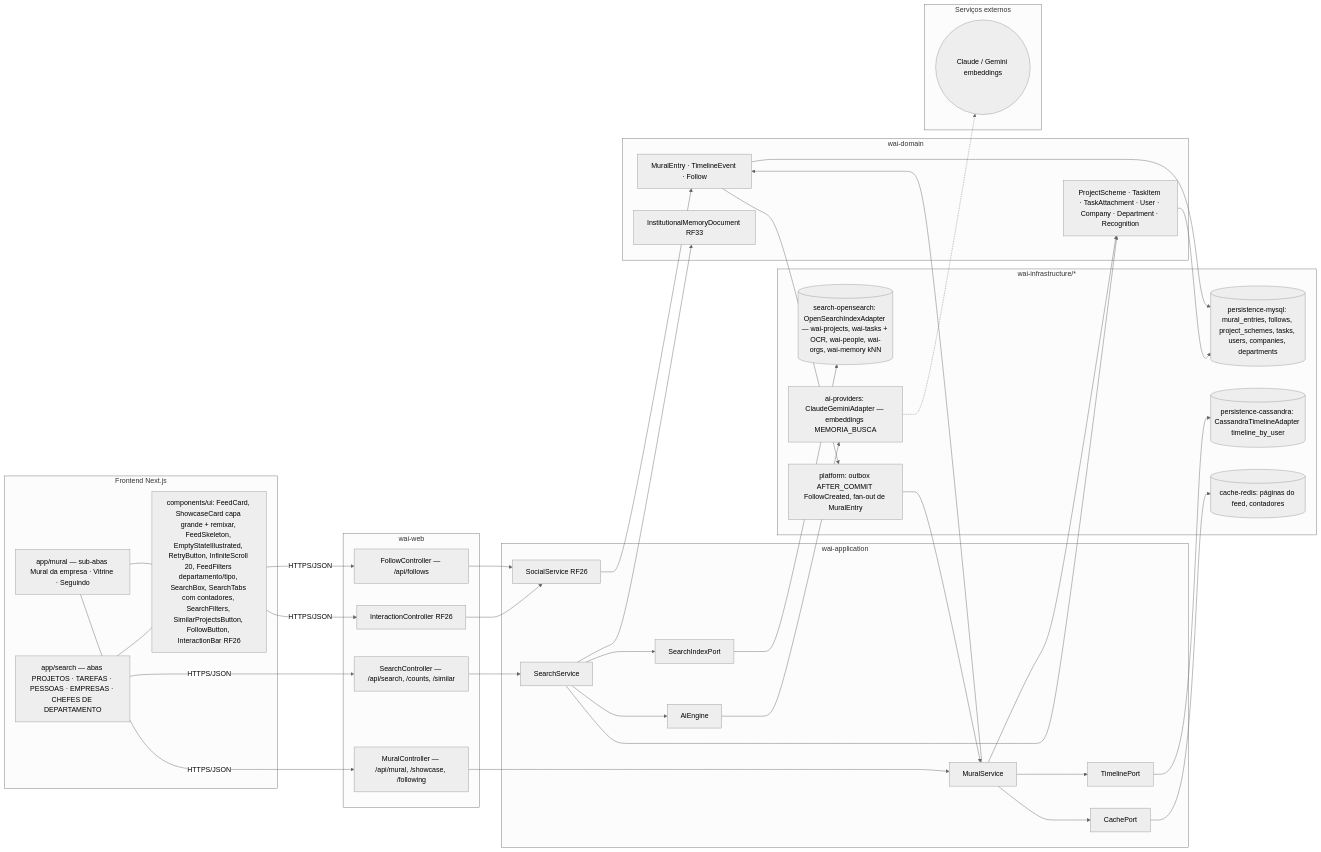
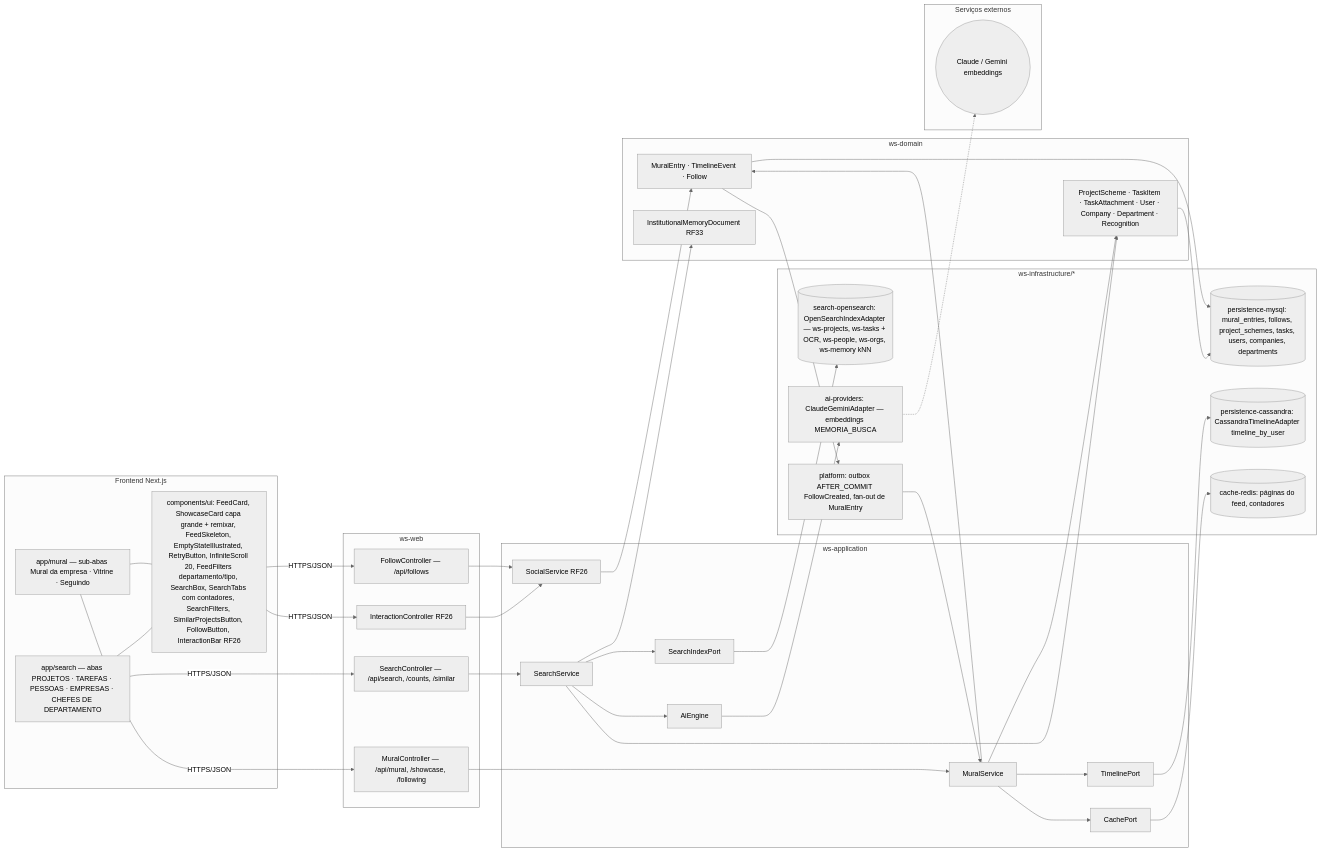
Before and after one commit to MatheusHaliski/Decia-app-2026: the fifth of 5 diagrams in docs/diagramas/RF27/README.md, drawn with Mermaid (neutral theme). The commit also changed other lines of this file and 65 other files, not shown here.

First line of the commit message:
docs: renomeia o produto para Work Station (módulos ws-*), UserPreferences no diagrama v1, RF44/RF45 ajustados, design system (tokens, components.css, 66 ícones, 112 anatomias SVG, galeria e capturas) e dúvidas Q-36..Q-43

````diff
--- a/docs/diagramas/RF27/README.md
+++ b/docs/diagramas/RF27/README.md
@@ -495,73 +495,73 @@
 ```mermaid
 flowchart LR
   subgraph FE["Frontend Next.js"]
     F1["app/mural — sub-abas Mural da empresa · Vitrine · Seguindo"]
     F2["app/search — abas PROJETOS · TAREFAS · PESSOAS · EMPRESAS · CHEFES DE DEPARTAMENTO"]
     F3["components/ui: FeedCard, ShowcaseCard capa grande + remixar, FeedSkeleton, EmptyStateIllustrated, RetryButton, InfiniteScroll 20, FeedFilters departamento/tipo, SearchBox, SearchTabs com contadores, SearchFilters, SimilarProjectsButton, FollowButton, InteractionBar RF26"]
   end
 
-  subgraph WEB["wai-web"]
+  subgraph WEB["ws-web"]
     C1["MuralController — /api/mural, /showcase, /following"]
     C2["SearchController — /api/search, /counts, /similar"]
     C3["FollowController — /api/follows"]
     C4["InteractionController RF26"]
   end
 
-  subgraph APP["wai-application"]
+  subgraph APP["ws-application"]
     S1["MuralService"]
     S2["SearchService"]
     S3["SocialService RF26"]
     S4["AiEngine"]
     P1["SearchIndexPort"]
     P2["TimelinePort"]
     P3["CachePort"]
   end
 
-  subgraph DOM["wai-domain"]
+  subgraph DOM["ws-domain"]
     D1["MuralEntry · TimelineEvent · Follow"]
     D2["ProjectScheme · TaskItem · TaskAttachment · User · Company · Department · Recognition"]
     D3["InstitutionalMemoryDocument RF33"]
   end
 
-  subgraph INFRA["wai-infrastructure/*"]
+  subgraph INFRA["ws-infrastructure/*"]
     I1[("persistence-mysql: mural_entries, follows, project_schemes, tasks, users, companies, departments")]
     I2[("persistence-cassandra: CassandraTimelineAdapter timeline_by_user")]
-    I3[("search-opensearch: OpenSearchIndexAdapter — wai-projects, wai-tasks + OCR, wai-people, wai-orgs, wai-memory kNN")]
+    I3[("search-opensearch: OpenSearchIndexAdapter — ws-projects, ws-tasks + OCR, ws-people, ws-orgs, ws-memory kNN")]
     I4[("cache-redis: páginas do feed, contadores")]
     I5["ai-providers: ClaudeGeminiAdapter — embeddings MEMORIA_BUSCA"]
     I6["platform: outbox AFTER_COMMIT FollowCreated, fan-out de MuralEntry"]
   end
 
   subgraph EXT["Serviços externos"]
     E1(("Claude / Gemini embeddings"))
   end
 
   F1 --- F3
   F2 --- F3
   F1 -->|"HTTPS/JSON"| C1
   F2 -->|"HTTPS/JSON"| C2
   F3 -->|"HTTPS/JSON"| C3
   F3 -->|"HTTPS/JSON"| C4
   C1 --> S1
   C2 --> S2
   C3 --> S3
   C4 --> S3
   S1 --> P2
   S1 --> P3
   S2 --> P1
   S2 --> S4
   S1 --> D1
   S1 --> D2
   S2 --> D2
   S2 --> D3
   S3 --> D1
   D1 --> I1
   D2 --> I1
   D1 --> I6
   I6 --> S1
   P1 --> I3
   P2 --> I2
   P3 --> I4
   S4 --> I5
   I5 -.-> E1
 ```
````
